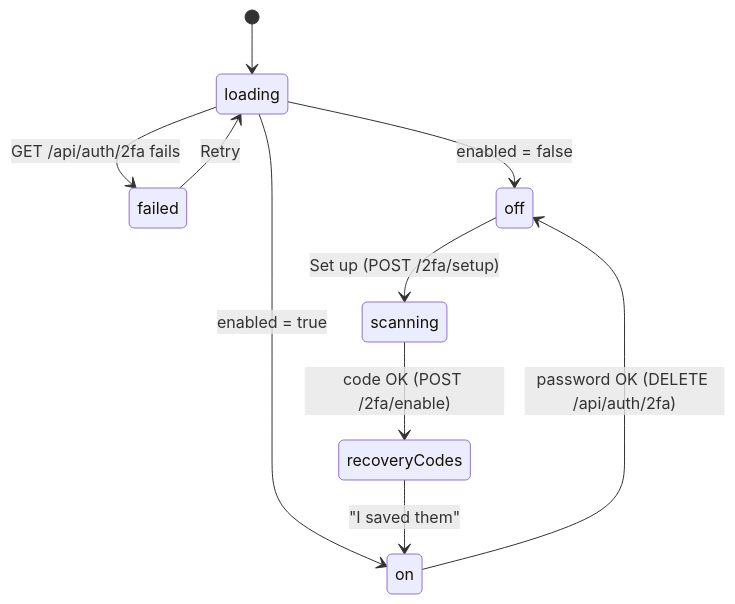
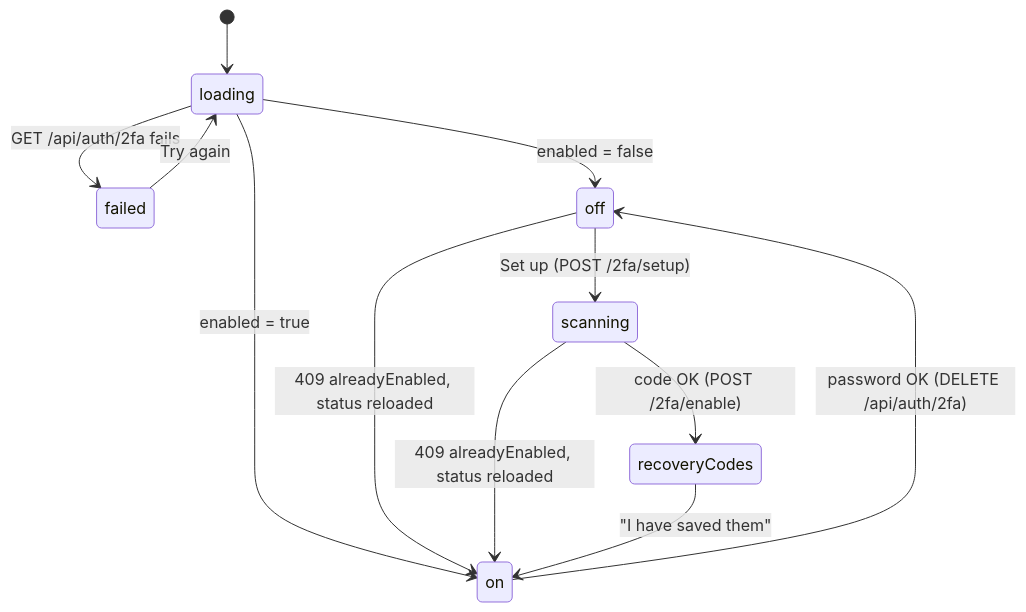
Before and after one commit to VictorBro/ft_transcendence: the fourth of 5 diagrams in docs/web/05-account-pages.md, drawn with Mermaid. The commit also changed other lines of this file and 85 other files, not shown here.

````diff
--- a/docs/web/05-account-pages.md
+++ b/docs/web/05-account-pages.md
@@ -798,12 +806,14 @@
 ```mermaid
 stateDiagram-v2
   [*] --> loading
   loading --> failed: GET /api/auth/2fa fails
-  failed --> loading: Retry
+  failed --> loading: Try again
   loading --> off: enabled = false
   loading --> on: enabled = true
   off --> scanning: Set up (POST /2fa/setup)
+  off --> on: 409 alreadyEnabled, status reloaded
   scanning --> recoveryCodes: code OK (POST /2fa/enable)
-  recoveryCodes --> on: "I saved them"
+  scanning --> on: 409 alreadyEnabled, status reloaded
+  recoveryCodes --> on: "I have saved them"
   on --> off: password OK (DELETE /api/auth/2fa)
 ```
````
